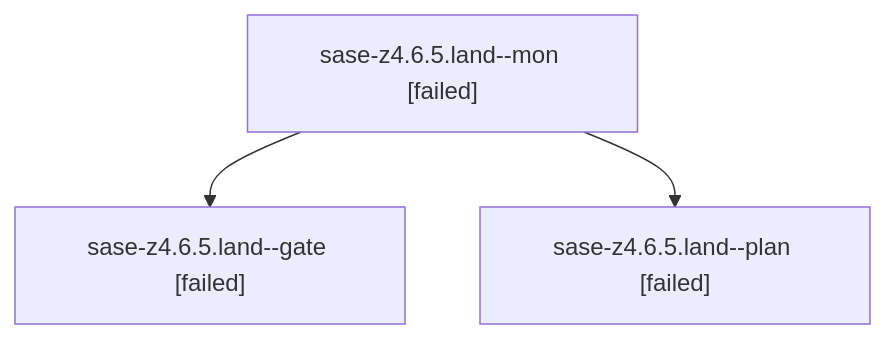
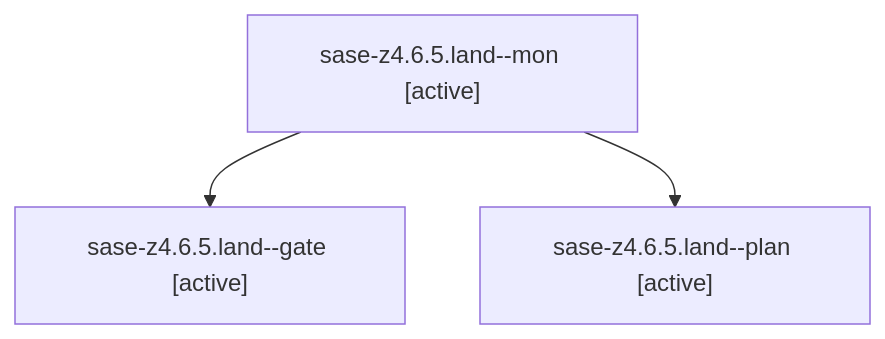
One commit to sase-org/sase--agents changed the diagram in families/bbugyi200.athena.sase-z4.6.5.land.md. Above: the diagram before and after it, drawn with Mermaid. The commit also changed other lines of this file and 35830 other files, not shown here.

````diff
--- a/families/bbugyi200.athena.sase-z4.6.5.land.md
+++ b/families/bbugyi200.athena.sase-z4.6.5.land.md
@@ -9,8 +9,8 @@
 ```mermaid
 flowchart TD
-  n0["sase-z4.6.5.land--mon [failed]"]
-  n1["sase-z4.6.5.land--gate [failed]"]
+  n0["sase-z4.6.5.land--mon [active]"]
+  n1["sase-z4.6.5.land--gate [active]"]
   n0 --> n1
-  n2["sase-z4.6.5.land--plan [failed]"]
+  n2["sase-z4.6.5.land--plan [active]"]
   n0 --> n2
 ```
````
